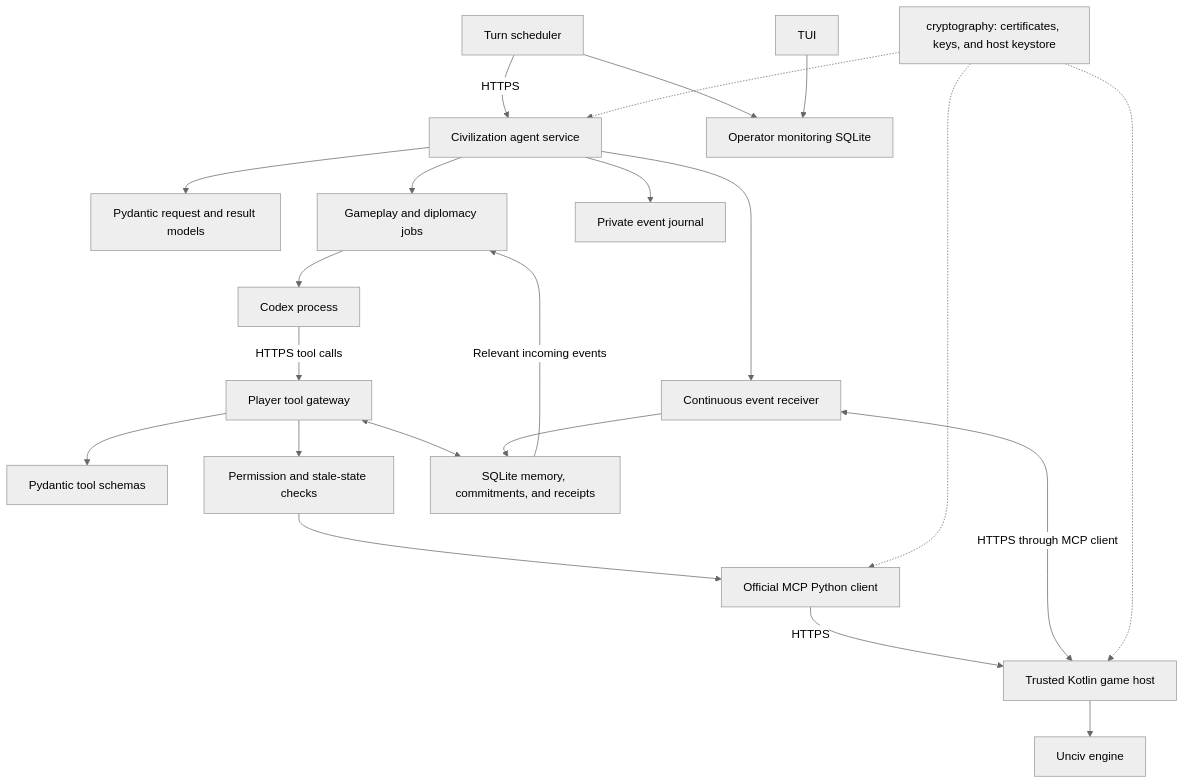
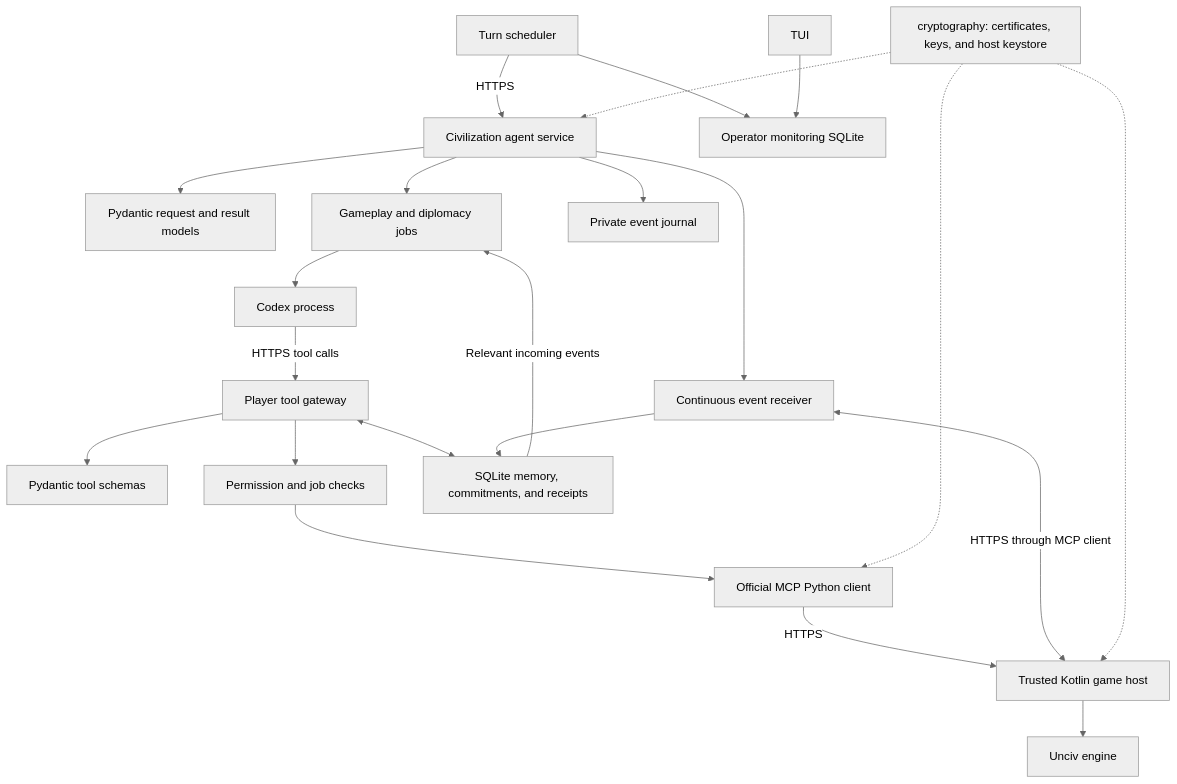
Before and after one commit to varchasgopalaswamy/unciv-ai: the first of 2 diagrams in docs/architecture/Python-architecture.md, drawn with Mermaid (neutral theme). The commit also changed other lines of this file and 72 other files, not shown here.

````diff
--- a/docs/architecture/Python-architecture.md
+++ b/docs/architecture/Python-architecture.md
@@ -12,28 +12,28 @@
 ```mermaid
 flowchart TB
     Scheduler[Turn scheduler] -->|HTTPS| Service[Civilization agent service]
     Service --> Models[Pydantic request and result models]
     Service --> Jobs[Gameplay and diplomacy jobs]
     Jobs --> Codex[Codex process]
     Codex -->|HTTPS tool calls| Gateway[Player tool gateway]
 
     Gateway --> Schemas[Pydantic tool schemas]
-    Gateway --> Guards[Permission and stale-state checks]
+    Gateway --> Guards[Permission and job checks]
     Guards --> SDK[Official MCP Python client]
     SDK -->|HTTPS| Host[Trusted Kotlin game host]
     Host --> Engine[Unciv engine]
 
     Gateway <--> Memory[SQLite memory, commitments, and receipts]
     Service --> History[Private event journal]
     Scheduler --> Monitoring[Operator monitoring SQLite]
     TUI --> Monitoring
     Service --> Mailbox[Continuous event receiver]
     Mailbox <-->|HTTPS through MCP client| Host
     Mailbox --> Memory
     Memory -->|Relevant incoming events| Jobs
 
     TLS[cryptography: certificates, keys, and host keystore]
     TLS -.-> Service
     TLS -.-> SDK
     TLS -.-> Host
 ```
````
